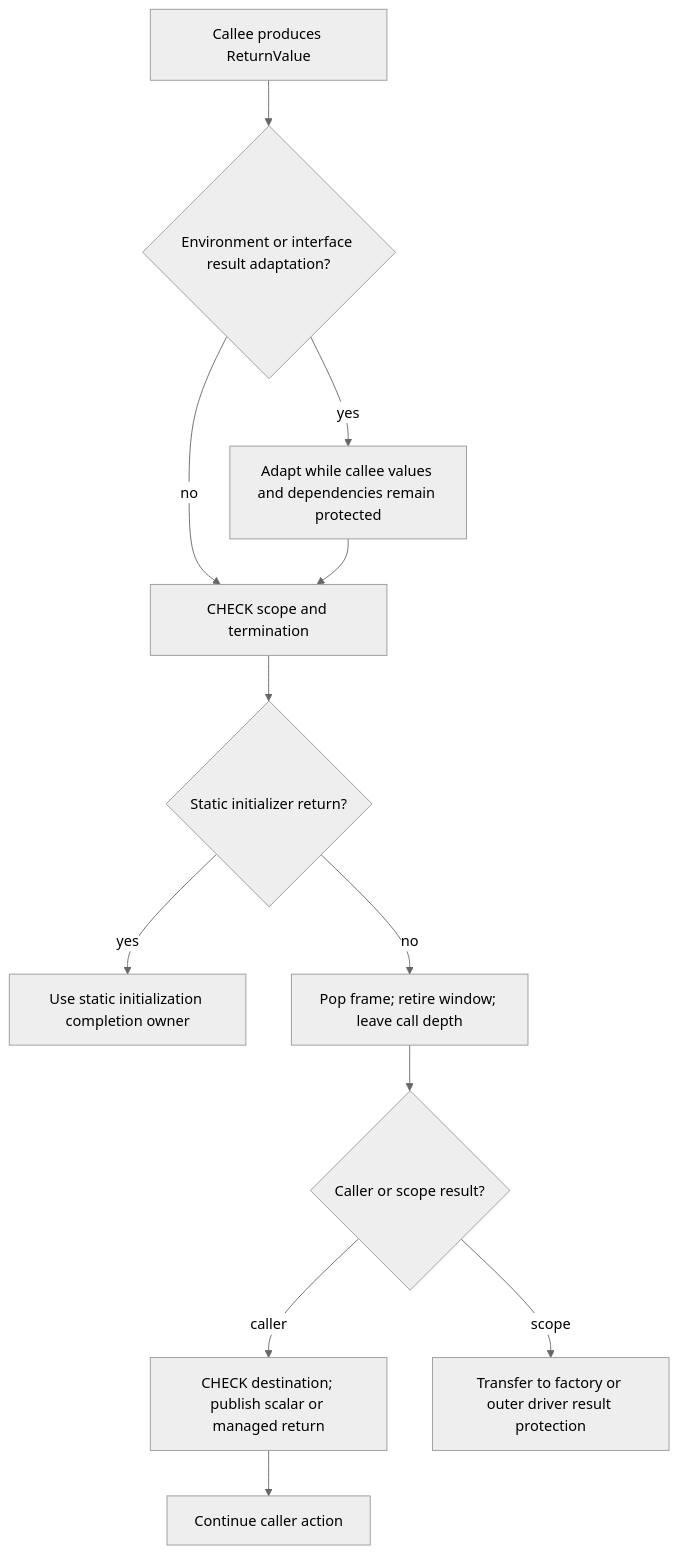
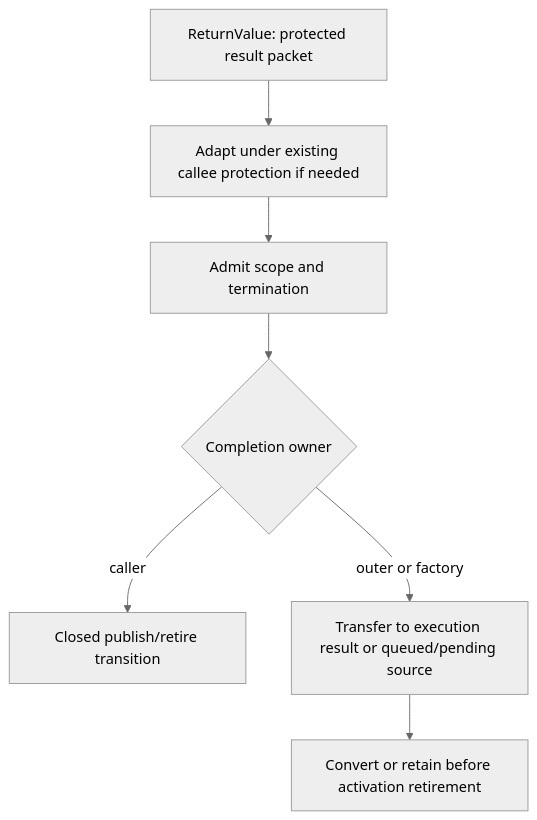
The second of 3 diagrams in docs/architecture/runtime/calls.md (kagari-lang/kagari), drawn with Mermaid (neutral theme) before and after one commit. The commit also changed other lines of this file and 22 other files, not shown here.

````diff
--- a/docs/architecture/runtime/calls.md
+++ b/docs/architecture/runtime/calls.md
@@ -92,14 +91,9 @@
 ```mermaid
 flowchart TD
-    VALUE["Callee produces ReturnValue"] --> ADAPT{"Environment or interface result adaptation?"}
-    ADAPT -->|yes| KEEP["Adapt while callee values and dependencies remain protected"]
-    ADAPT -->|no| POLL["CHECK scope and termination"]
-    KEEP --> POLL
-    POLL --> INIT{"Static initializer return?"}
-    INIT -->|yes| STATIC["Use static initialization completion owner"]
-    INIT -->|no| RETIRE["Pop frame; retire window; leave call depth"]
-    RETIRE --> DEST{"Caller or scope result?"}
-    DEST -->|caller| WRITE["CHECK destination; publish scalar or managed return"]
-    WRITE --> CONT["Continue caller action"]
-    DEST -->|scope| ROOT["Transfer to factory or outer driver result protection"]
+    VALUE["ReturnValue: protected result packet"] --> ADAPT["Adapt under existing callee protection if needed"]
+    ADAPT --> POLL["Admit scope and termination"]
+    POLL --> DEST{"Completion owner"}
+    DEST -->|caller| HANDOFF["Closed publish/retire transition"]
+    DEST -->|outer or factory| PREFIX["Transfer to execution result or queued/pending source"]
+    PREFIX --> HOST["Convert or retain before activation retirement"]
 ```
````
